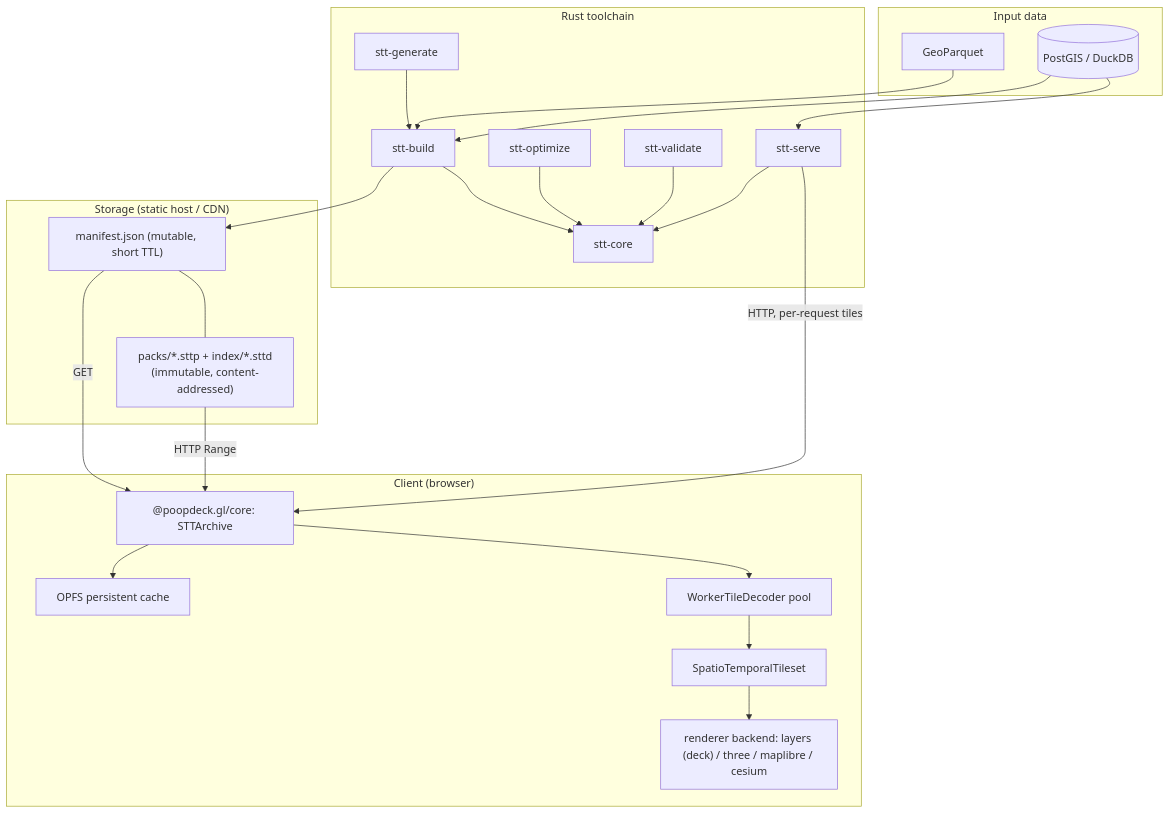
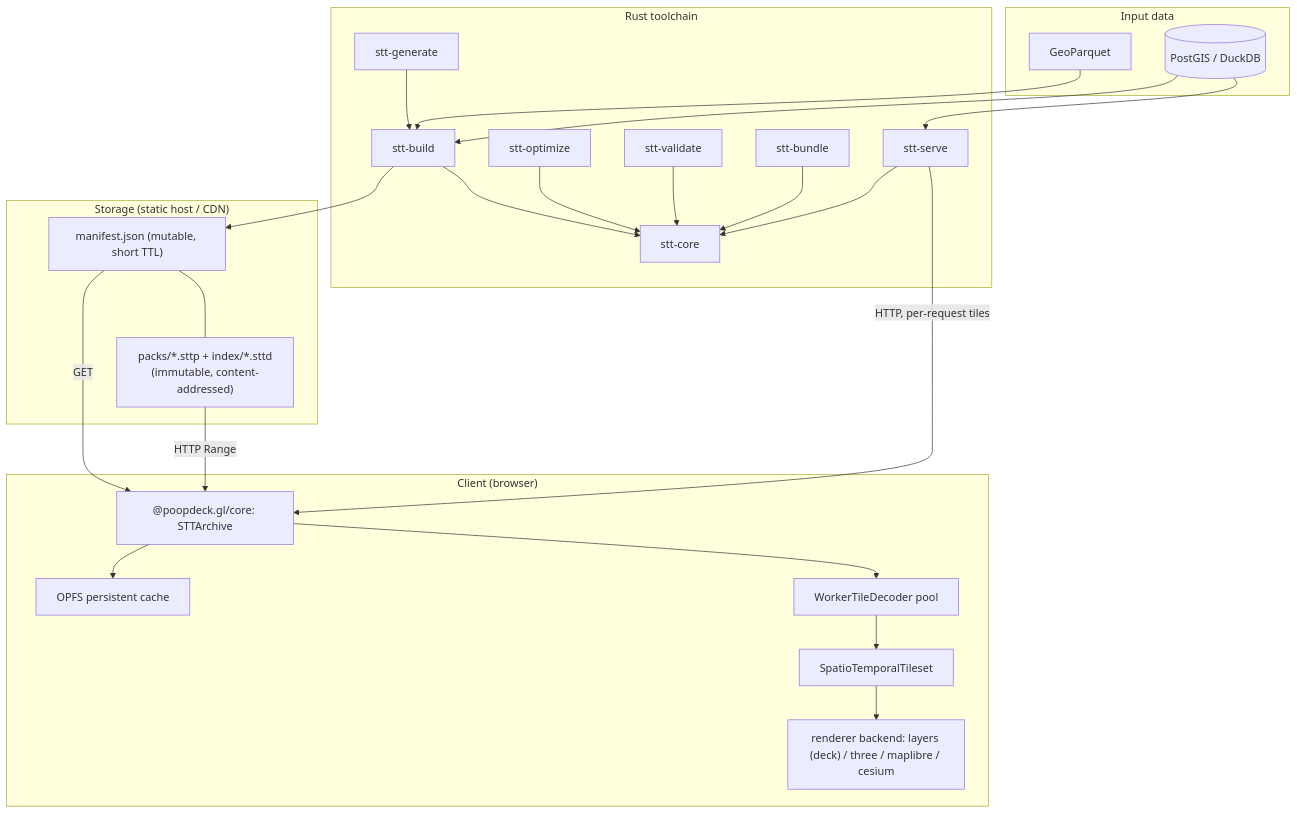
Before and after one commit to BertCh/poopdeck.gl: the diagram in docs/architecture/system-overview.md, drawn with Mermaid. The commit also changed other lines of this file and 95 other files, not shown here.

````diff
--- a/docs/architecture/system-overview.md
+++ b/docs/architecture/system-overview.md
@@ -9,47 +9,49 @@
 ```mermaid
 graph TD
     subgraph "Input data"
         PARQUET[GeoParquet]
         DB[(PostGIS / DuckDB)]
     end
 
     subgraph "Rust toolchain"
         BUILD[stt-build]
         OPTIMIZE[stt-optimize]
         VALIDATE[stt-validate]
+        BUNDLE[stt-bundle]
         GEN[stt-generate]
         SERVE[stt-serve]
         CORE_RS[stt-core]
         BUILD --> CORE_RS
         OPTIMIZE --> CORE_RS
         VALIDATE --> CORE_RS
+        BUNDLE --> CORE_RS
         GEN --> BUILD
         SERVE --> CORE_RS
     end
 
     subgraph "Storage (static host / CDN)"
         MANIFEST["manifest.json (mutable, short TTL)"]
         PACKS["packs/*.sttp + index/*.sttd<br/>(immutable, content-addressed)"]
         MANIFEST --- PACKS
     end
 
     subgraph "Client (browser)"
         ARCHIVE["@poopdeck.gl/core: STTArchive"]
         OPFS["OPFS persistent cache"]
         DECODER["WorkerTileDecoder pool"]
         TILESET[SpatioTemporalTileset]
         LAYERS["renderer backend: layers (deck) / three / maplibre / cesium"]
         ARCHIVE --> OPFS
         ARCHIVE --> DECODER
         DECODER --> TILESET
         TILESET --> LAYERS
     end
 
     PARQUET --> BUILD
     DB --> BUILD
     DB --> SERVE
     BUILD --> MANIFEST
     MANIFEST -->|GET| ARCHIVE
     PACKS -->|HTTP Range| ARCHIVE
     SERVE -->|HTTP, per-request tiles| ARCHIVE
 ```
````
